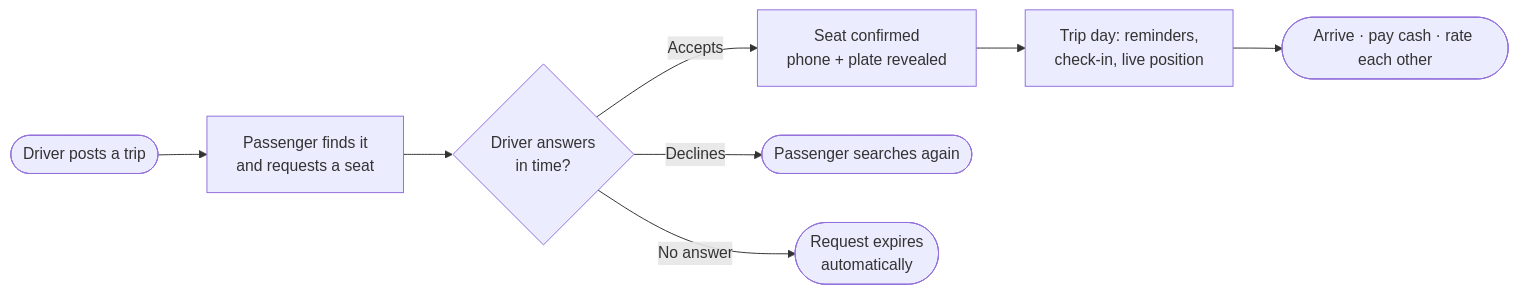
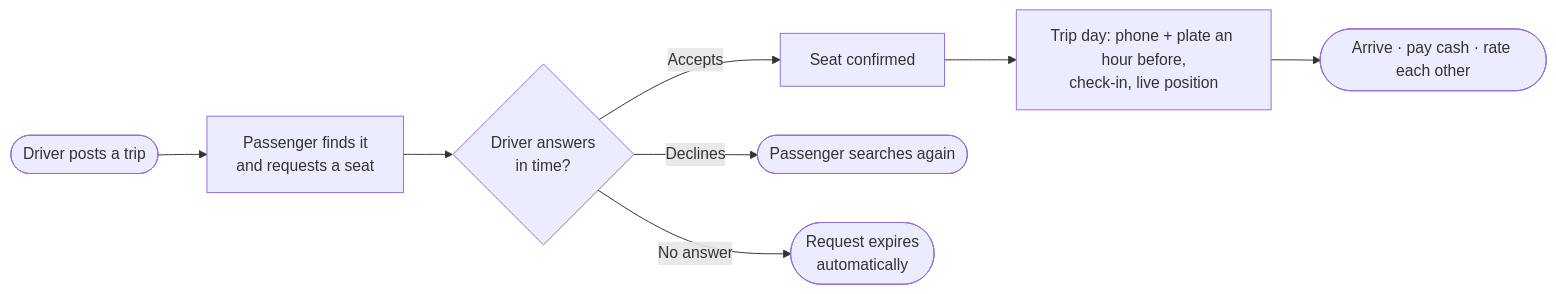
Before and after one commit to waleedsrb/Rafiq: the first of 6 diagrams in README.md, drawn with Mermaid. The commit also changed other lines of this file and 23 other files, not shown here.

First line of the commit message:
Short names only; phone and plate an hour before; car shown while booking

````diff
--- a/README.md
+++ b/README.md
@@ -36,10 +36,10 @@
 ```mermaid
 flowchart LR
     A([Driver posts a trip]) --> B[Passenger finds it<br/>and requests a seat]
     B --> C{Driver answers<br/>in time?}
-    C -- Accepts --> D[Seat confirmed<br/>phone + plate revealed]
+    C -- Accepts --> D[Seat confirmed]
     C -- Declines --> X([Passenger searches again])
     C -- No answer --> E([Request expires<br/>automatically])
-    D --> F[Trip day: reminders,<br/>check-in, live position]
+    D --> F[Trip day: phone + plate an hour before,<br/>check-in, live position]
     F --> G([Arrive · pay cash · rate each other])
 ```
````
